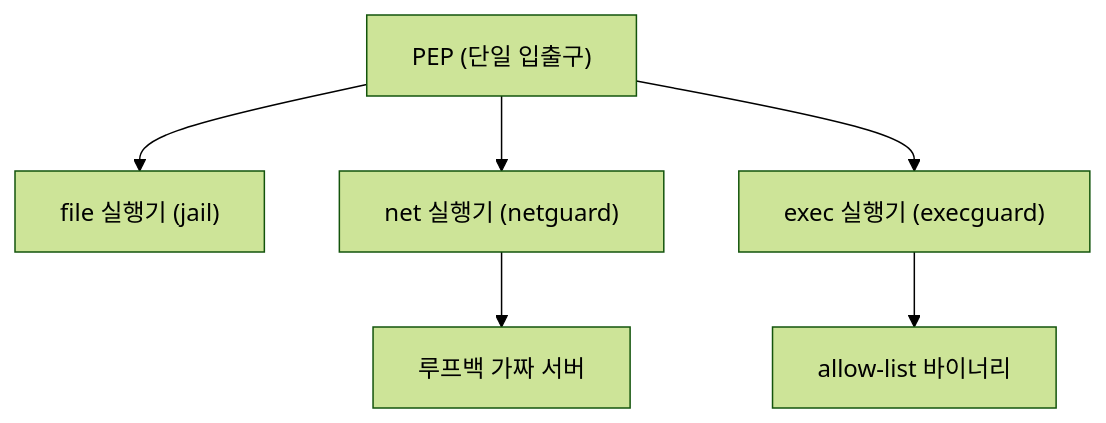
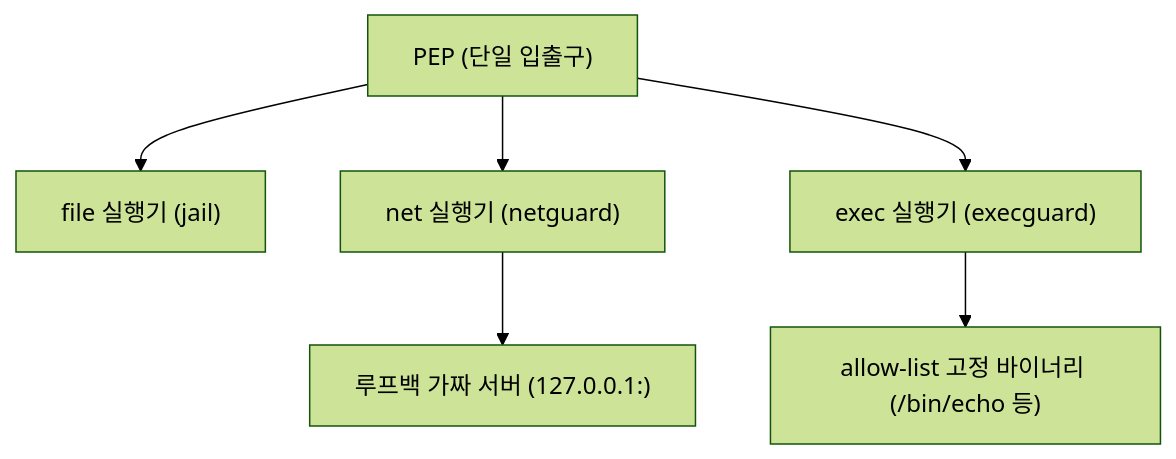
Before and after one commit to RadiantCitron/authz-harness: the diagram in docs/로드맵/16-도구-종류-확장-및-egress-통제/ROADMAP.md, drawn with Mermaid (forest theme). The commit also changed other lines of this file and 5 other files, not shown here.

Commit message:
docs(roadmap-16): 실제 코드 대조 기반 010~050 지시서 및 설계 5대 정합성 함정 보강

````diff
--- a/docs/로드맵/16-도구-종류-확장-및-egress-통제/ROADMAP.md
+++ b/docs/로드맵/16-도구-종류-확장-및-egress-통제/ROADMAP.md
@@ -18,8 +18,8 @@
 ```mermaid
 flowchart TD
   P["PEP (단일 입출구)"] --> F["file 실행기 (jail)"]
   P --> N["net 실행기 (netguard)"]
   P --> X["exec 실행기 (execguard)"]
-  N --> L["루프백 가짜 서버"]
-  X --> B["allow-list 바이너리"]
+  N --> L["루프백 가짜 서버 (127.0.0.1:<allowed_port>)"]
+  X --> B["allow-list 고정 바이너리 (/bin/echo 등)"]
 ```
````
